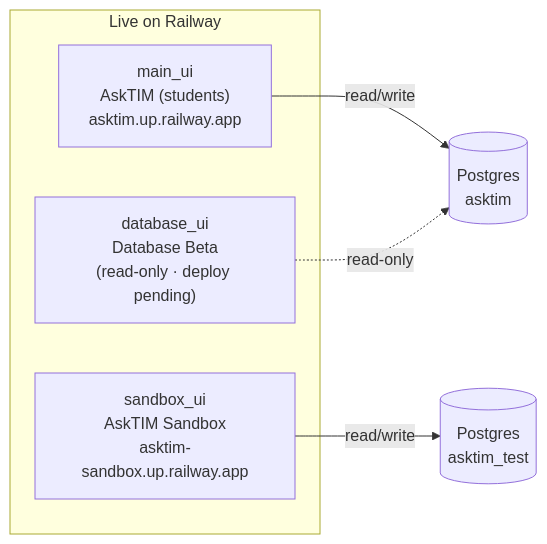
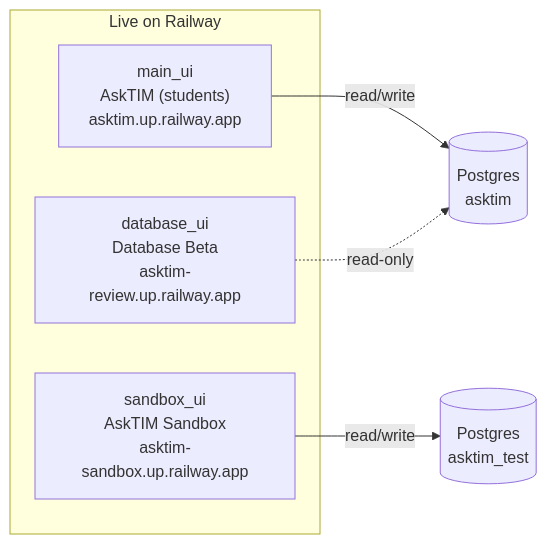
One commit to bonbon-on-fire/asktim_llm_tutor_project_2026 changed the first of 3 diagrams in README.md. Above: the diagram before and after it, drawn with Mermaid. The commit also changed other lines of this file and 3 other files, not shown here.

First line of the commit message:
docs: mark database_ui live + add tutor context (RAG) graph to README

````diff
--- a/README.md
+++ b/README.md
@@ -37,18 +37,19 @@
 ```mermaid
 flowchart LR
     subgraph live["Live on Railway"]
         MAIN["main_ui\nAskTIM (students)\nasktim.up.railway.app"]
         SAND["sandbox_ui\nAskTIM Sandbox\nasktim-sandbox.up.railway.app"]
-        REV["database_ui\nDatabase Beta\n(read-only · deploy pending)"]
+        REV["database_ui\nDatabase Beta\nasktim-review.up.railway.app"]
     end
 
     PGMAIN[("Postgres\nasktim")]
     PGTEST[("Postgres\nasktim_test")]
 
     MAIN -->|read/write| PGMAIN
     SAND -->|read/write| PGTEST
     REV -. read-only .-> PGMAIN
 
     click MAIN "https://asktim.up.railway.app/" "Open AskTIM"
     click SAND "https://asktim-sandbox.up.railway.app/" "Open AskTIM Sandbox"
+    click REV "https://asktim-review.up.railway.app/" "Open Database Beta"
 ```
````
